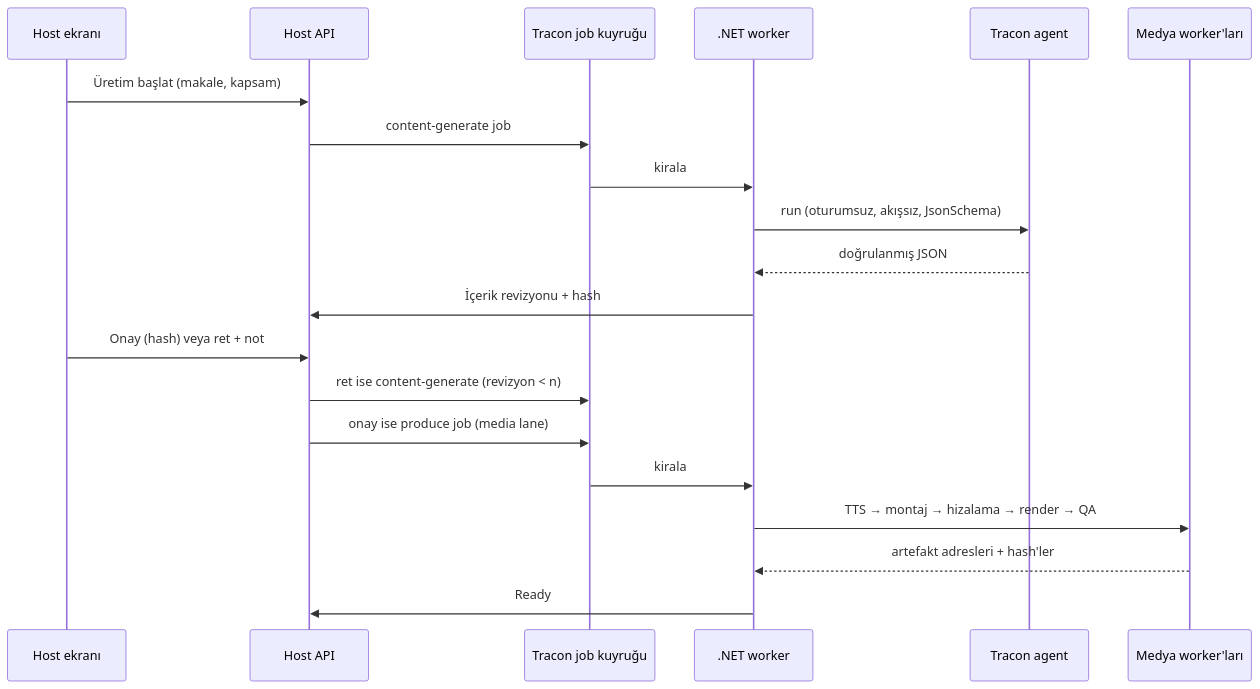
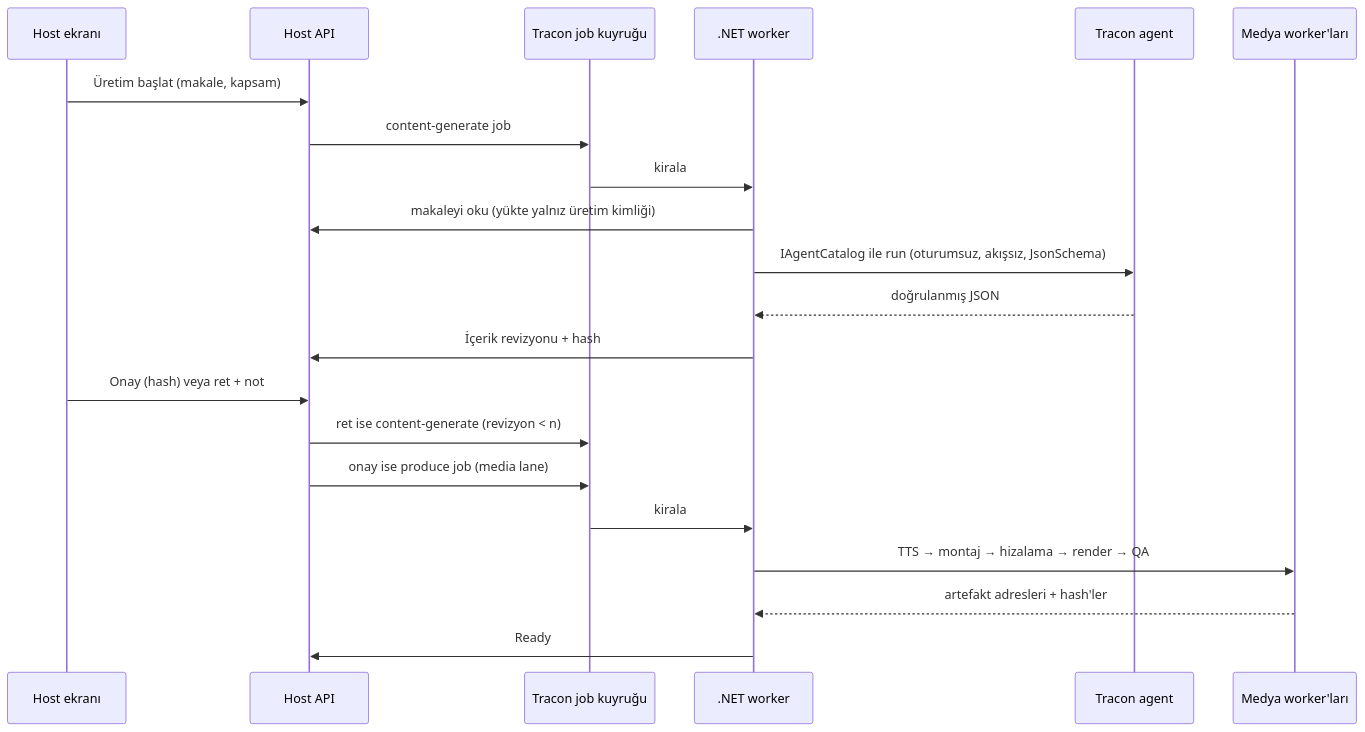
Before and after one commit to farukatasoy/Tracon: the fourth of 4 diagrams in docs/arsiv/incelemeler/2026-10-11-explainer-video-tuketici-uyum-raporu.md, drawn with Mermaid. The commit also changed other lines of this file and 182 other files, not shown here.

````diff
--- a/docs/arsiv/incelemeler/2026-10-11-explainer-video-tuketici-uyum-raporu.md
+++ b/docs/arsiv/incelemeler/2026-10-11-explainer-video-tuketici-uyum-raporu.md
@@ -399,22 +408,23 @@
 ```mermaid
 sequenceDiagram
     participant UI as Host ekranı
     participant APP as Host API
     participant Q as Tracon job kuyruğu
     participant W as .NET worker
     participant AG as Tracon agent
     participant M as Medya worker'ları
     UI->>APP: Üretim başlat (makale, kapsam)
     APP->>Q: content-generate job
     Q->>W: kirala
-    W->>AG: run (oturumsuz, akışsız, JsonSchema)
+    W->>APP: makaleyi oku (yükte yalnız üretim kimliği)
+    W->>AG: IAgentCatalog ile run (oturumsuz, akışsız, JsonSchema)
     AG-->>W: doğrulanmış JSON
     W->>APP: İçerik revizyonu + hash
     UI->>APP: Onay (hash) veya ret + not
     APP->>Q: ret ise content-generate (revizyon < n)
     APP->>Q: onay ise produce job (media lane)
     Q->>W: kirala
     W->>M: TTS → montaj → hizalama → render → QA
     M-->>W: artefakt adresleri + hash'ler
     W->>APP: Ready
 ```
````
